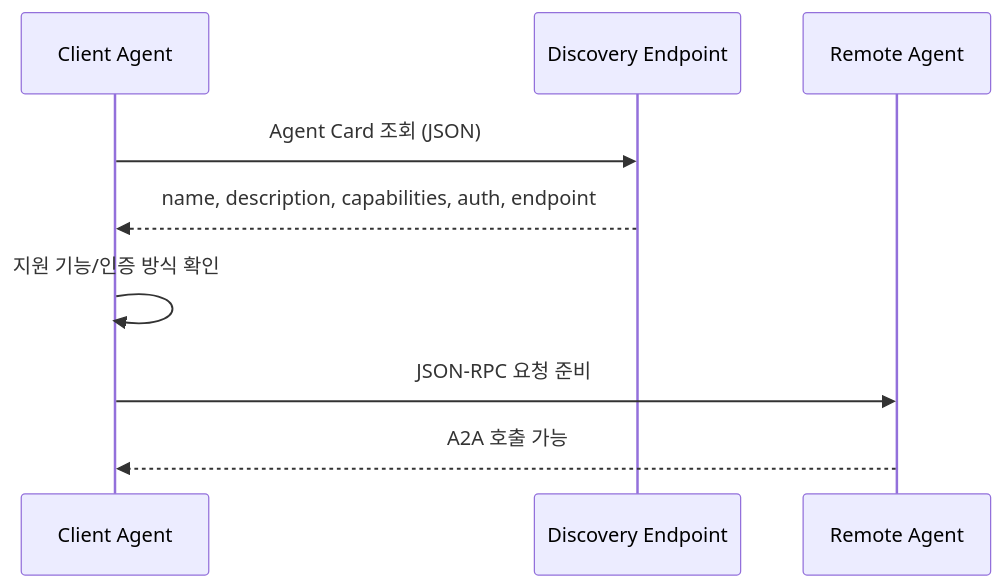
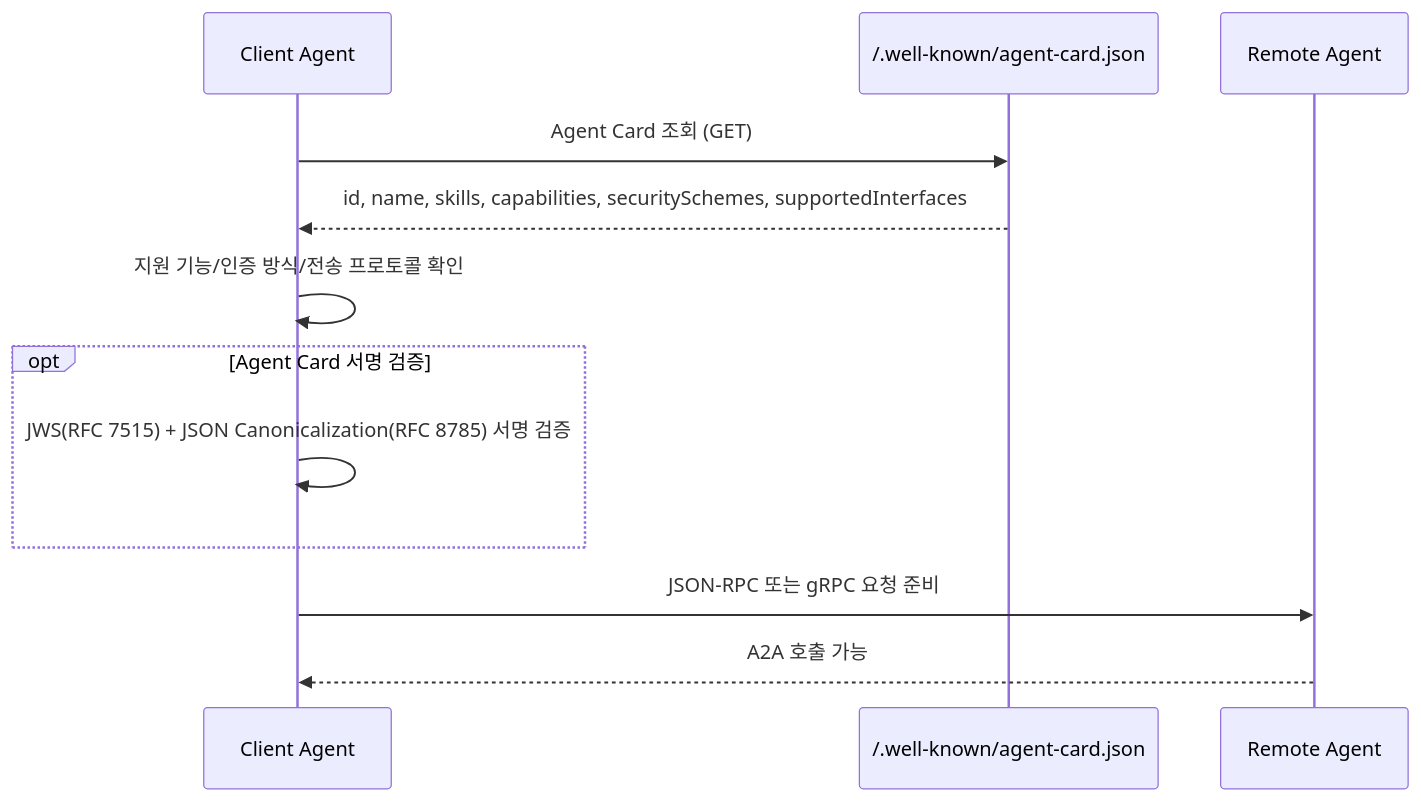
The first of 8 diagrams in a2a/00-diagram.md (kimchanhyung98/agentic-workflows), drawn with Mermaid before and after one commit. The commit also changed other lines of this file and 5 other files, not shown here.

````diff
--- a/a2a/00-diagram.md
+++ b/a2a/00-diagram.md
@@ -5,12 +5,15 @@
 ```mermaid
 sequenceDiagram
     participant C as Client Agent
-    participant D as Discovery Endpoint
+    participant D as /.well-known/agent-card.json
     participant R as Remote Agent
 
-    C->>D: Agent Card 조회 (JSON)
-    D-->>C: name, description, capabilities, auth, endpoint
-    C->>C: 지원 기능/인증 방식 확인
-    C->>R: JSON-RPC 요청 준비
+    C->>D: Agent Card 조회 (GET)
+    D-->>C: id, name, skills, capabilities, securitySchemes, supportedInterfaces
+    C->>C: 지원 기능/인증 방식/전송 프로토콜 확인
+    opt Agent Card 서명 검증
+        C->>C: JWS(RFC 7515) + JSON Canonicalization(RFC 8785) 서명 검증
+    end
+    C->>R: JSON-RPC 또는 gRPC 요청 준비
     R-->>C: A2A 호출 가능
 ```
````
